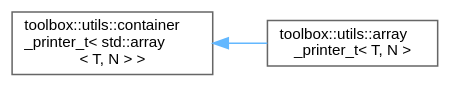
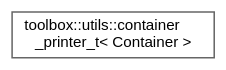
Before and after one commit to nerdneilsfield/cpp-toolbox: the diagram in inherit_graph_60.dot, drawn with Graphviz. The commit also changed 261 other files, not shown here.

```diff
--- a/inherit_graph_60.dot
+++ b/inherit_graph_60.dot
@@ -1,11 +1,9 @@
 digraph "Graphical Class Hierarchy"
 {
  // LATEX_PDF_SIZE
   bgcolor="transparent";
   edge [fontname=Helvetica,fontsize=10,labelfontname=Helvetica,labelfontsize=10];
   node [fontname=Helvetica,fontsize=10,shape=box,height=0.2,width=0.4];
   rankdir="LR";
-  Node0 [id="Node000000",label="toolbox::utils::container\l_printer_t\< std::array\l\< T, N \> \>",height=0.2,width=0.4,color="grey40", fillcolor="white", style="filled",URL="$classtoolbox_1_1utils_1_1container__printer__t.html",tooltip=" "];
-  Node0 -> Node1 [id="edge30_Node000000_Node000001",dir="back",color="steelblue1",style="solid",tooltip=" "];
-  Node1 [id="Node000001",label="toolbox::utils::array\l_printer_t\< T, N \>",height=0.2,width=0.4,color="grey40", fillcolor="white", style="filled",URL="$classtoolbox_1_1utils_1_1array__printer__t.html",tooltip="Array 打印器/Array printer."];
+  Node0 [id="Node000000",label="toolbox::utils::container\l_printer_t\< Container \>",height=0.2,width=0.4,color="grey40", fillcolor="white", style="filled",URL="$classtoolbox_1_1utils_1_1container__printer__t.html",tooltip="通用容器打印器基类/Generic container printer base class"];
 }
```
